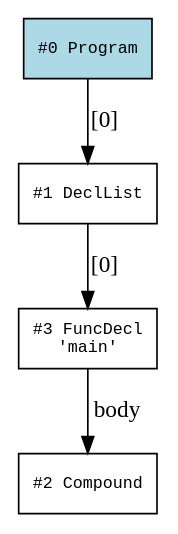
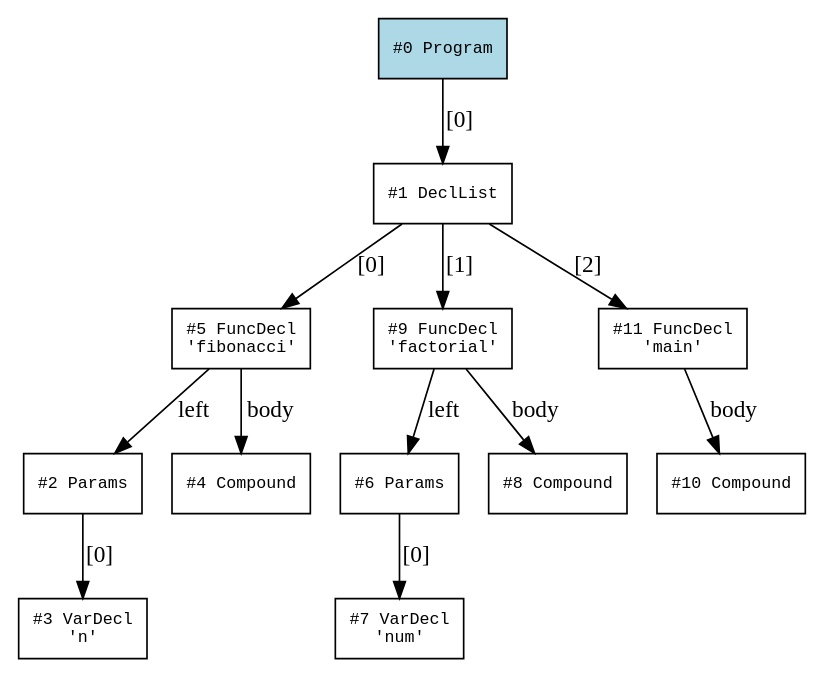
Before and after one commit to SuryaAshish1404/mini-c-compiler: the diagram in dag.dot, drawn with Graphviz. The commit also changed 27 other files, not shown here.

```diff
--- a/dag.dot
+++ b/dag.dot
@@ -1,13 +1,29 @@
 digraph DAG {
     node [shape=box fontname="Courier" fontsize=10];
     rankdir=TB;
 
     N0 [label="#0 Program" style=filled fillcolor=lightblue];
     N1 [label="#1 DeclList"];
-    N2 [label="#2 Compound"];
-    N3 [label="#3 FuncDecl\n'main'"];
+    N2 [label="#2 Params"];
+    N3 [label="#3 VarDecl\n'n'"];
+    N4 [label="#4 Compound"];
+    N5 [label="#5 FuncDecl\n'fibonacci'"];
+    N6 [label="#6 Params"];
+    N7 [label="#7 VarDecl\n'num'"];
+    N8 [label="#8 Compound"];
+    N9 [label="#9 FuncDecl\n'factorial'"];
+    N10 [label="#10 Compound"];
+    N11 [label="#11 FuncDecl\n'main'"];
 
     N0 -> N1 [label="[0]"];
-    N1 -> N3 [label="[0]"];
-    N3 -> N2 [label="body"];
+    N1 -> N5 [label="[0]"];
+    N1 -> N9 [label="[1]"];
+    N1 -> N11 [label="[2]"];
+    N2 -> N3 [label="[0]"];
+    N5 -> N2 [label="left"];
+    N5 -> N4 [label="body"];
+    N6 -> N7 [label="[0]"];
+    N9 -> N6 [label="left"];
+    N9 -> N8 [label="body"];
+    N11 -> N10 [label="body"];
 }
```
